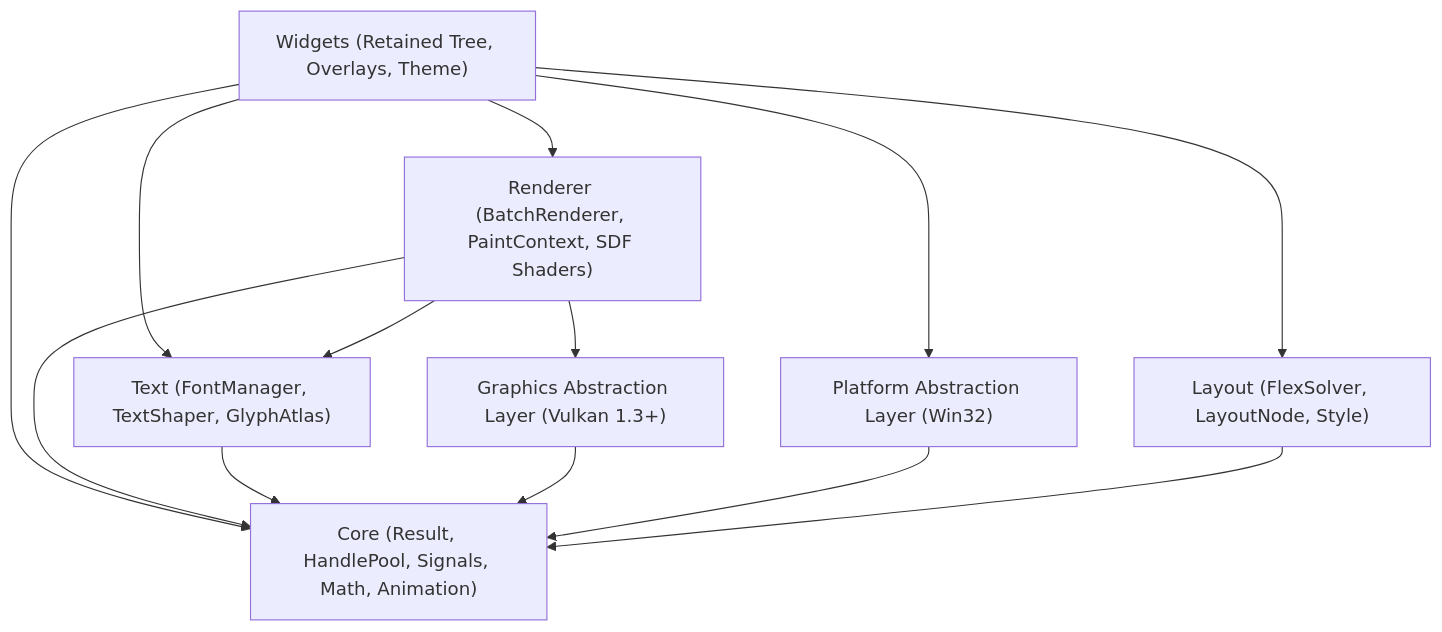
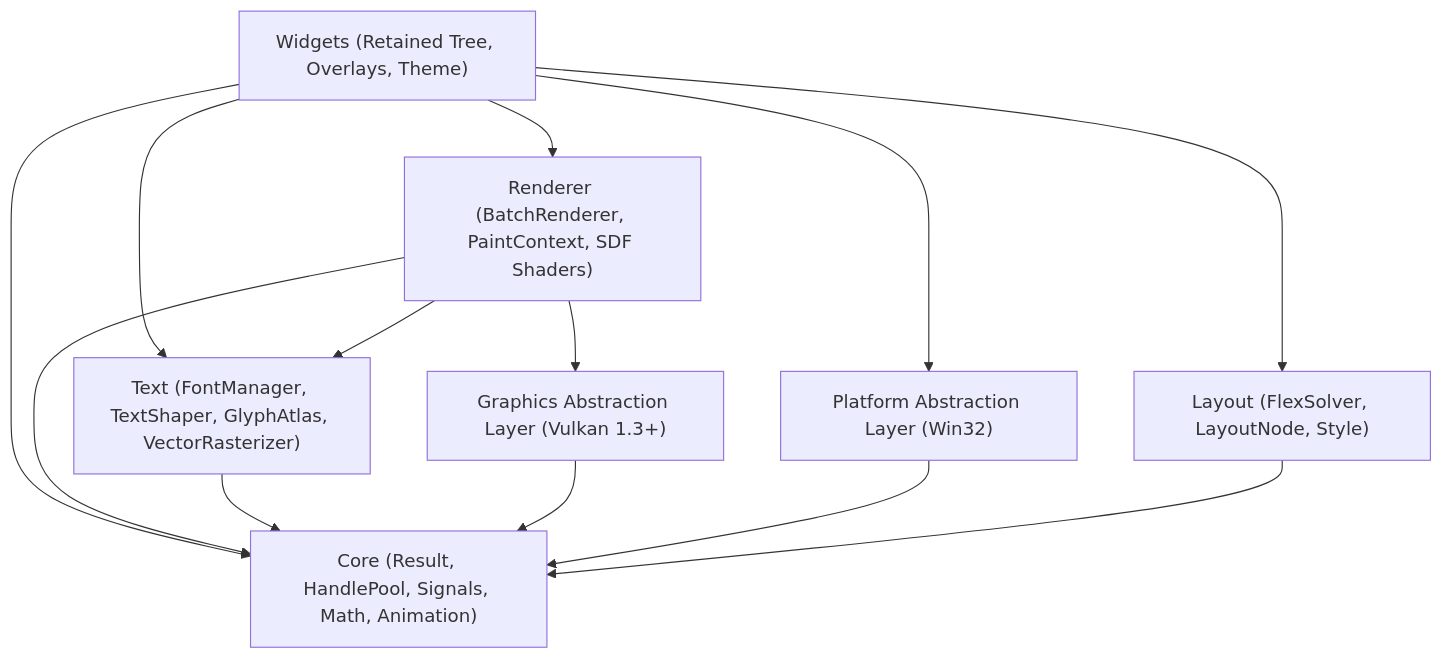
One commit to islahulkafa/northern changed the first of 2 diagrams in docs/architecture.md. Above: the diagram before and after it, drawn with Mermaid. The commit also changed other lines of this file and 102 other files, not shown here.

````diff
--- a/docs/architecture.md
+++ b/docs/architecture.md
@@ -9,23 +9,23 @@
 ```mermaid
 flowchart TD
     Widgets["Widgets (Retained Tree, Overlays, Theme)"]
     Layout["Layout (FlexSolver, LayoutNode, Style)"]
     Renderer["Renderer (BatchRenderer, PaintContext, SDF Shaders)"]
-    Text["Text (FontManager, TextShaper, GlyphAtlas)"]
+    Text["Text (FontManager, TextShaper, GlyphAtlas, VectorRasterizer)"]
     GAL["Graphics Abstraction Layer (Vulkan 1.3+)"]
     PAL["Platform Abstraction Layer (Win32)"]
     Core["Core (Result, HandlePool, Signals, Math, Animation)"]
 
     Widgets --> Layout
     Widgets --> Renderer
     Widgets --> Text
     Widgets --> PAL
     Widgets --> Core
     Renderer --> GAL
     Renderer --> Text
     Renderer --> Core
     Text --> Core
     GAL --> Core
     PAL --> Core
     Layout --> Core
 ```
````
